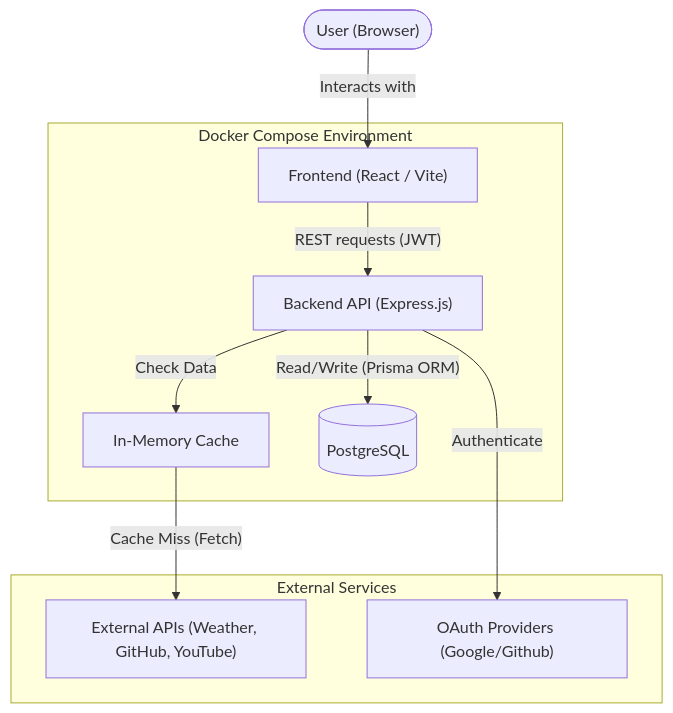
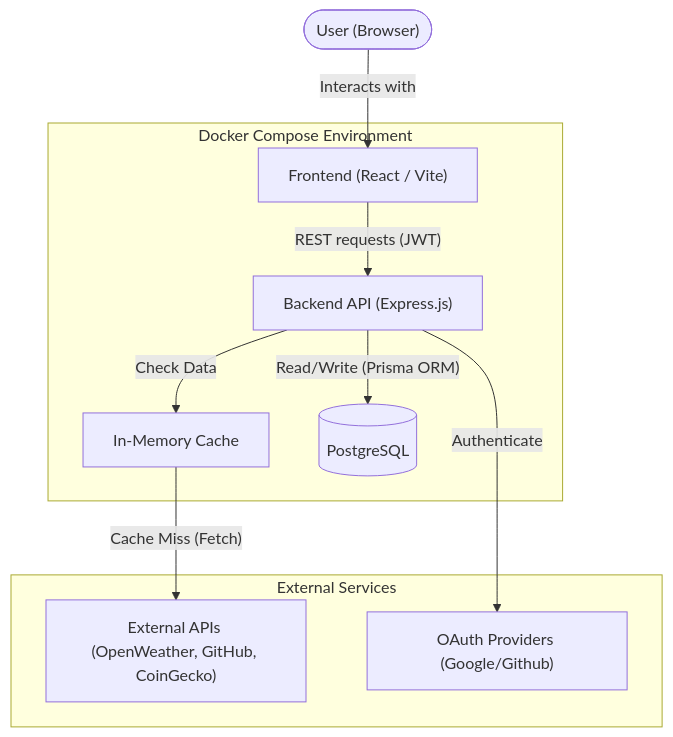
Before and after one commit to Nexlein/Dashboard: the diagram in docs/architecture.md, drawn with Mermaid. The commit also changed other lines of this file and 6 other files, not shown here.

Commit message:
docs: document CoinGecko crypto widgets

````diff
--- a/docs/architecture.md
+++ b/docs/architecture.md
@@ -9,21 +9,21 @@
 ```mermaid
 flowchart TB
     subgraph Docker[Docker Compose Environment]
         UI["Frontend (React / Vite)"]
         API["Backend API (Express.js)"]
         Cache["In-Memory Cache"]
         DB[("PostgreSQL")]
     end
 
     subgraph External[External Services]
-        ExtAPIs["External APIs (Weather, GitHub, YouTube)"]
+        ExtAPIs["External APIs (OpenWeather, GitHub, CoinGecko)"]
         OAuth["OAuth Providers (Google/Github)"]
     end
 
     User(["User (Browser)"]) -->|"Interacts with"| UI
     UI -->|"REST requests (JWT)"| API
     API -->|"Read/Write (Prisma ORM)"| DB
     API -->|"Check Data"| Cache
     Cache -->|"Cache Miss (Fetch)"| ExtAPIs
     API -->|"Authenticate"| OAuth
 ```
````
